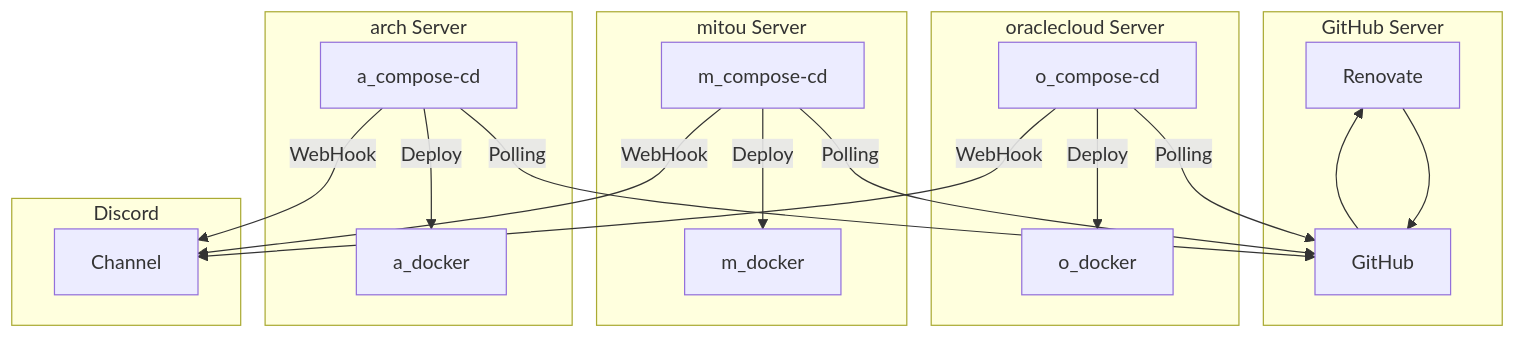
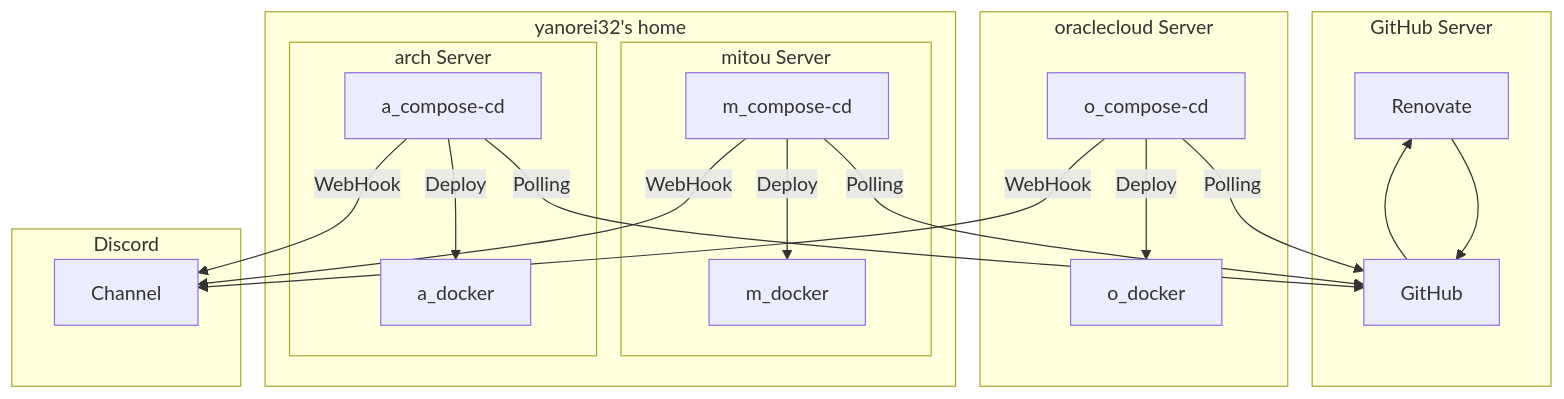
One commit to yr32infra/.github changed the diagram in profile/README.md. Above: the diagram before and after it, drawn with Mermaid.

````diff
--- a/profile/README.md
+++ b/profile/README.md
@@ -5,28 +5,30 @@
 ```mermaid
 graph TD;
     subgraph GitHub Server
     Renovate-->GitHub
     GitHub-->Renovate
     end
     
     subgraph oraclecloud Server
     o_compose-cd--Polling-->GitHub
     o_compose-cd--Deploy-->o_docker
     end
 
-    subgraph mitou Server
-    m_compose-cd--Polling-->GitHub
-    m_compose-cd--Deploy-->m_docker
-    end
-      
-    subgraph arch Server
-    a_compose-cd--Polling-->GitHub
-    a_compose-cd--Deploy-->a_docker
+    subgraph yanorei32's home
+        subgraph mitou Server
+        m_compose-cd--Polling-->GitHub
+        m_compose-cd--Deploy-->m_docker
+        end
+          
+        subgraph arch Server
+        a_compose-cd--Polling-->GitHub
+        a_compose-cd--Deploy-->a_docker
+        end
     end
     
     subgraph Discord
     a_compose-cd--WebHook-->Channel
     m_compose-cd--WebHook-->Channel
     o_compose-cd--WebHook-->Channel
     end
 ```
````
